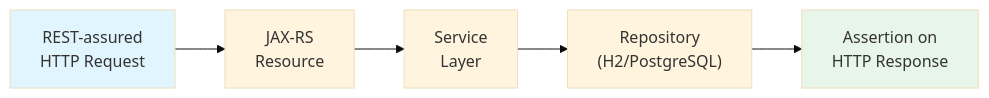
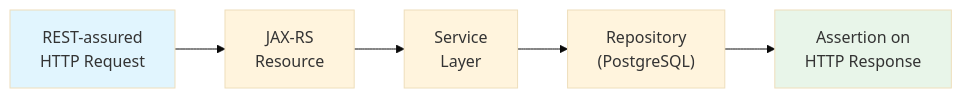
Before and after one commit to Plataforma-Universidade-Gratuita/pug-service: the fifth of 8 diagrams in src/test/README.md, drawn with Mermaid (base theme). The commit also changed other lines of this file and 89 other files, not shown here.

````diff
--- a/src/test/README.md
+++ b/src/test/README.md
@@ -176,10 +177,10 @@
 ```mermaid
 graph LR
     A["REST-assured<br/>HTTP Request"] --> B["JAX-RS<br/>Resource"]
     B --> C["Service<br/>Layer"]
-    C --> D["Repository<br/>(H2/PostgreSQL)"]
+    C --> D["Repository<br/>(PostgreSQL)"]
     D --> E["Assertion on<br/>HTTP Response"]
 
     style A fill:#e1f5fe
     style E fill:#e8f5e9
 ```
````
